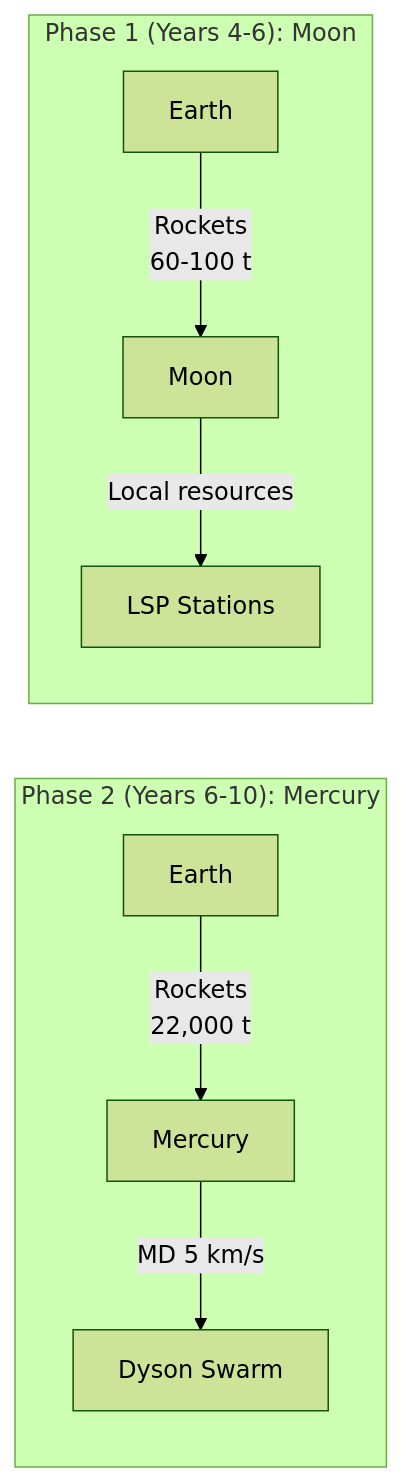
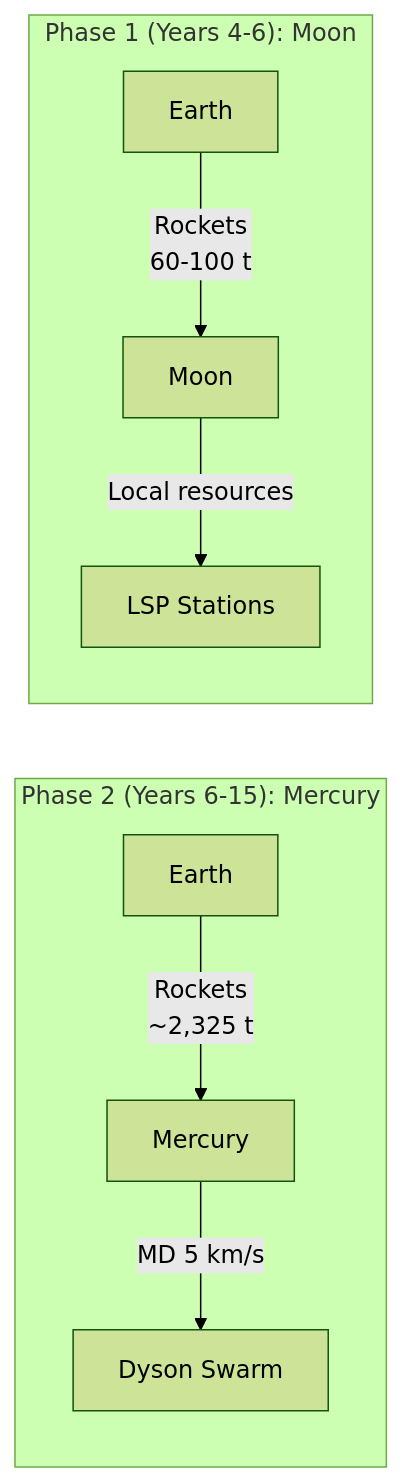
The first of 3 diagrams in en/science/detailed/delivery.qmd (DmitryNasikanov/infinite-energy), drawn with Mermaid (forest theme) before and after one commit. The commit also changed other lines of this file and 39 other files, not shown here.

````diff
--- a/en/science/detailed/delivery.qmd
+++ b/en/science/detailed/delivery.qmd
@@ -95,13 +96,13 @@
 ```{mermaid}
 %%| fig-width: 8
 flowchart LR
-    subgraph "Phase 2 (Years 6-10): Mercury"
-        E2[Earth] -->|"Rockets<br>22,000 t"| M[Mercury]
+    subgraph "Phase 2 (Years 6-15): Mercury"
+        E2[Earth] -->|"Rockets<br>~2,325 t"| M[Mercury]
         M -->|"MD 5 km/s"| R[Dyson Swarm]
     end
 
     subgraph "Phase 1 (Years 4-6): Moon"
         E1[Earth] -->|"Rockets<br>60-100 t"| L[Moon]
         L -->|"Local resources"| LSP[LSP Stations]
     end
 ```
````
